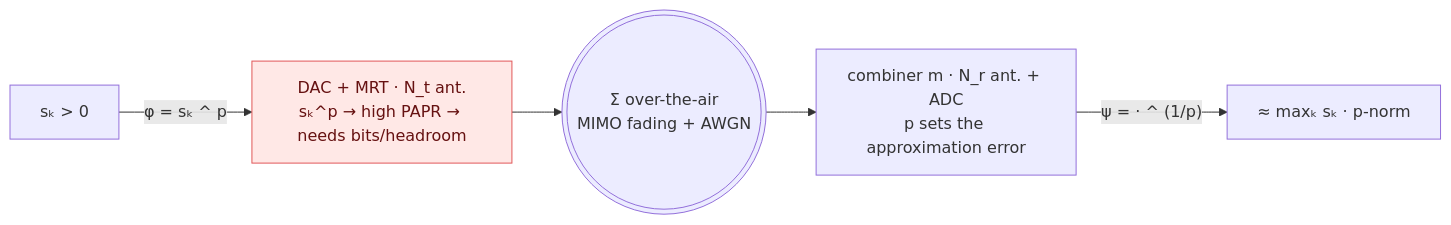
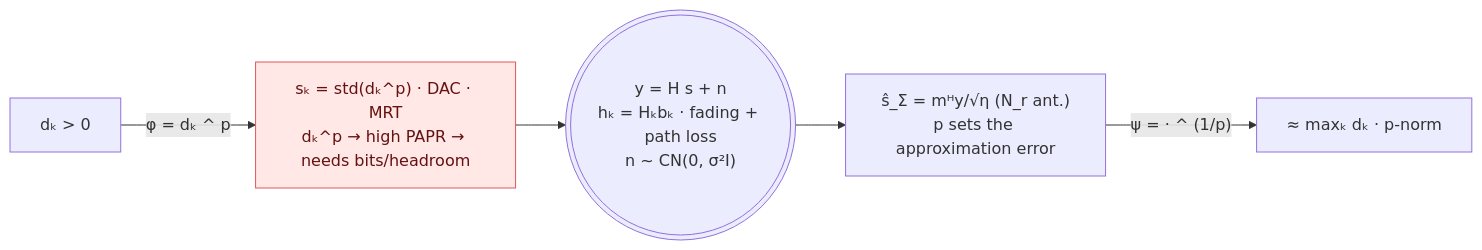
Diagram 12 of 13 in README.md (wincle626/OverAirCompute), drawn with Mermaid before and after one commit. The commit also changed other lines of this file, not shown here.

````diff
--- a/README.md
+++ b/README.md
@@ -364,9 +381,9 @@
 ```mermaid
 flowchart LR
-    s["sₖ > 0"] -->|"φ = sₖ ^ p"| tx["DAC + MRT · N_t ant.<br/>sₖ^p → high PAPR → needs bits/headroom"]
-    tx --> air((("Σ over-the-air<br/>MIMO fading + AWGN")))
-    air --> rx["combiner m · N_r ant. + ADC<br/>p sets the approximation error"]
-    rx -->|"ψ = · ^ (1/p)"| r["≈ maxₖ sₖ  ·  p-norm"]
+    d["dₖ > 0"] -->|"φ = dₖ ^ p"| tx["sₖ = std(dₖ^p) · DAC · MRT<br/>dₖ^p → high PAPR → needs bits/headroom"]
+    tx --> y((("y = H s + n<br/>hₖ = Hₖbₖ · fading + path loss<br/>n ~ CN(0, σ²I)")))
+    y --> rx["ŝ_Σ = mᴴy/√η (N_r ant.)<br/>p sets the approximation error"]
+    rx -->|"ψ = · ^ (1/p)"| r["≈ maxₖ dₖ  ·  p-norm"]
     classDef hot fill:#ffe8e6,stroke:#E15759,color:#611;
     class tx hot;
 ```
````
